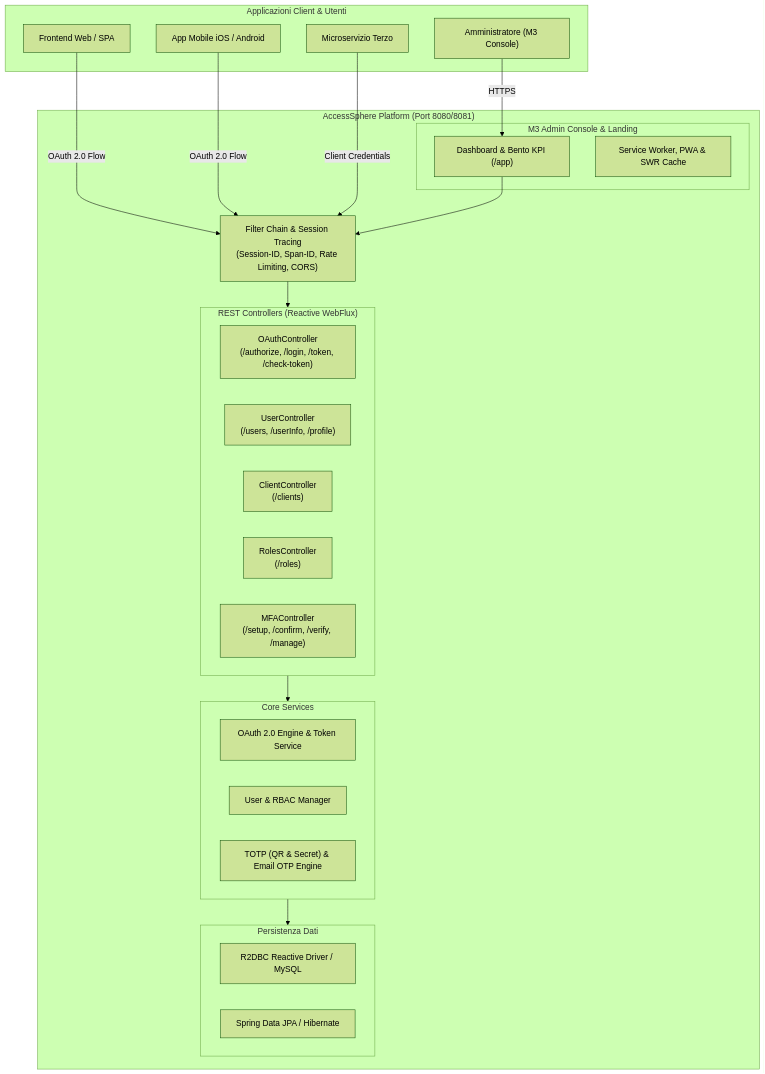
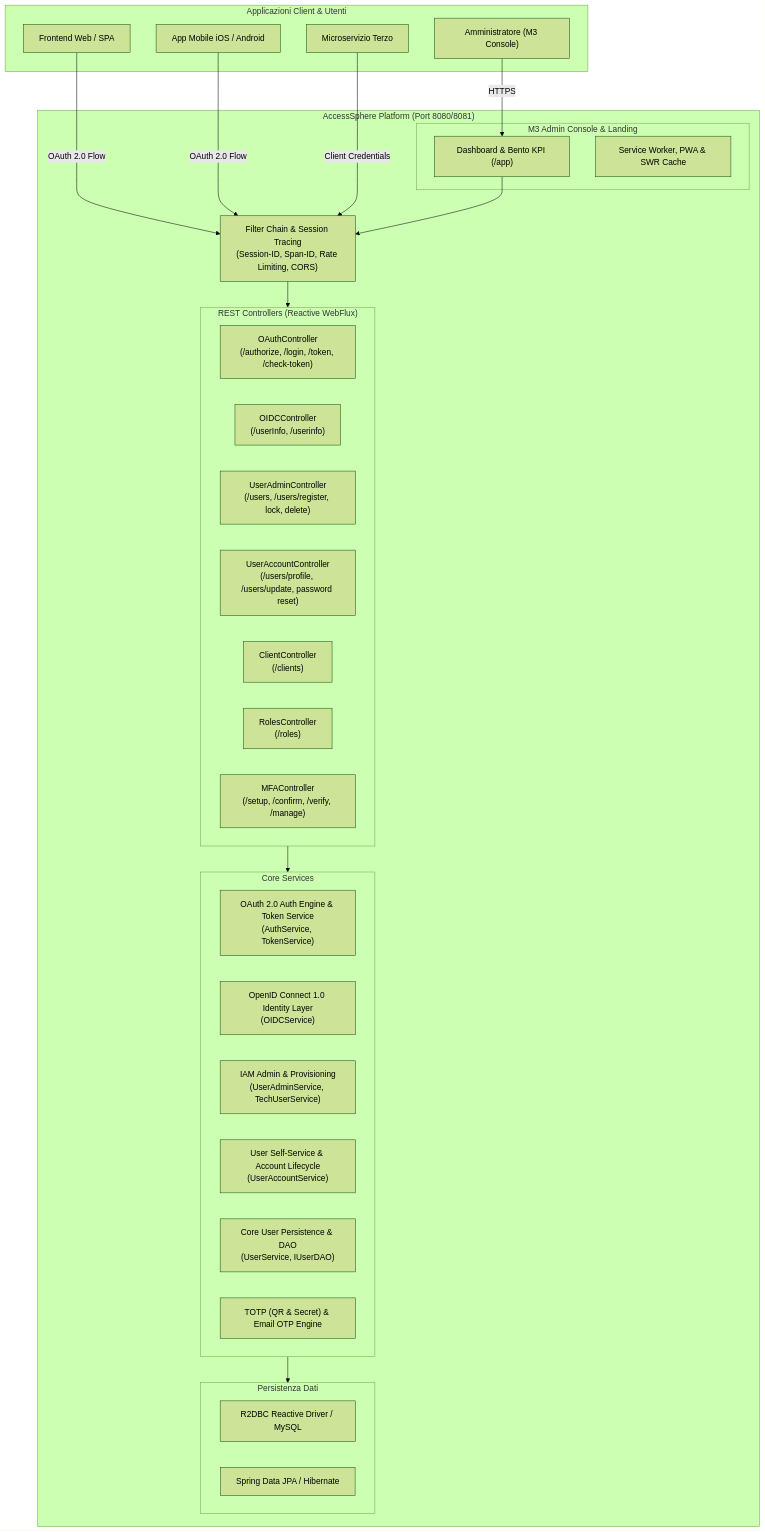
The diagram in README.md (giovannilamarmoraproject/Access-Sphere), drawn with Mermaid (forest theme) before and after one commit. The commit also changed 18 other files, not shown here.

First line of the commit message:
refactor(iam): ♻️ decouple user service into OIDC, admin provisioning, and self-service account modules

````diff
--- a/README.md
+++ b/README.md
@@ -80,47 +80,52 @@
 ```mermaid
 flowchart TD
     subgraph Clients["Applicazioni Client & Utenti"]
         SPA["Frontend Web / SPA"]
         MobileApp["App Mobile iOS / Android"]
         Microservice["Microservizio Terzo"]
         AdminUser["Amministratore (M3 Console)"]
     end
 
     subgraph AccessSphere["AccessSphere Platform (Port 8080/8081)"]
         Gateway["Filter Chain & Session Tracing\n(Session-ID, Span-ID, Rate Limiting, CORS)"]
         
         subgraph Endpoints["REST Controllers (Reactive WebFlux)"]
             OAuthCtrl["OAuthController\n(/authorize, /login, /token, /check-token)"]
-            UserCtrl["UserController\n(/users, /userInfo, /profile)"]
+            OIDCCtrl["OIDCController\n(/userInfo, /userinfo)"]
+            UserAdminCtrl["UserAdminController\n(/users, /users/register, lock, delete)"]
+            UserAccountCtrl["UserAccountController\n(/users/profile, /users/update, password reset)"]
             ClientCtrl["ClientController\n(/clients)"]
             RolesCtrl["RolesController\n(/roles)"]
             MFACtrl["MFAController\n(/setup, /confirm, /verify, /manage)"]
         end
 
         subgraph Core["Core Services"]
-            AuthEngine["OAuth 2.0 Engine & Token Service"]
-            IAMService["User & RBAC Manager"]
+            AuthEngine["OAuth 2.0 Auth Engine & Token Service\n(AuthService, TokenService)"]
+            OIDCEngine["OpenID Connect 1.0 Identity Layer\n(OIDCService)"]
+            IAMAdmin["IAM Admin & Provisioning\n(UserAdminService, TechUserService)"]
+            IAMAccount["User Self-Service & Account Lifecycle\n(UserAccountService)"]
+            UserPersistence["Core User Persistence & DAO\n(UserService, IUserDAO)"]
             MFAService["TOTP (QR & Secret) & Email OTP Engine"]
         end
 
         subgraph Storage["Persistenza Dati"]
             R2DBC["R2DBC Reactive Driver / MySQL"]
             JPA["Spring Data JPA / Hibernate"]
         end
 
         subgraph Frontend["M3 Admin Console & Landing"]
             M3Dashboard["Dashboard & Bento KPI (/app)"]
             PWA["Service Worker, PWA & SWR Cache"]
         end
     end
 
     SPA -->|OAuth 2.0 Flow| Gateway
     MobileApp -->|OAuth 2.0 Flow| Gateway
     Microservice -->|Client Credentials| Gateway
     AdminUser -->|HTTPS| M3Dashboard
 
     M3Dashboard --> Gateway
     Gateway --> Endpoints
     Endpoints --> Core
     Core --> Storage
 ```
````
